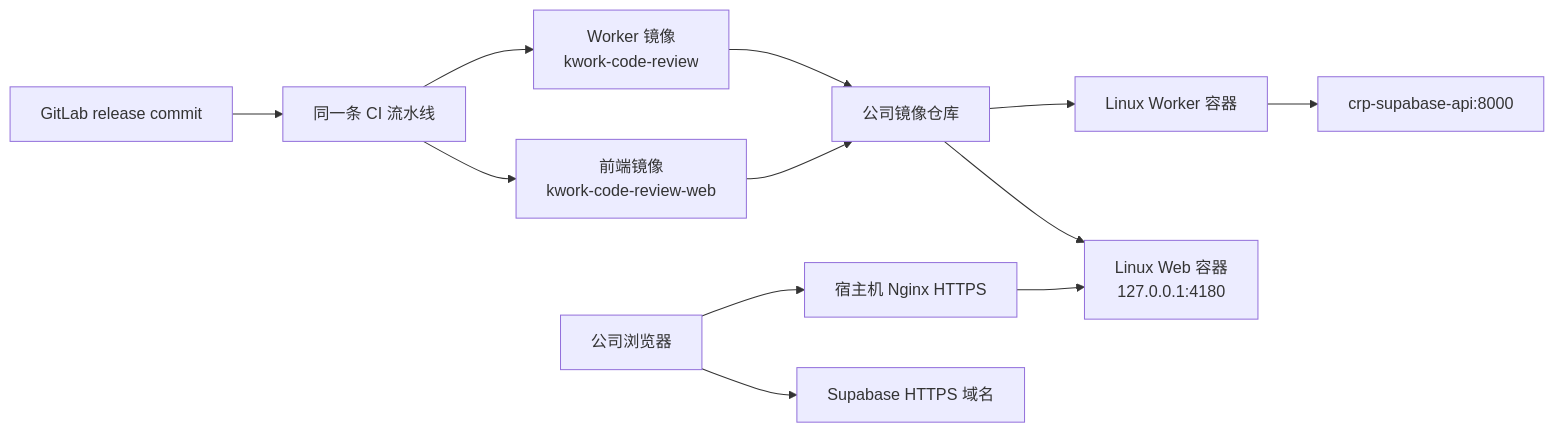
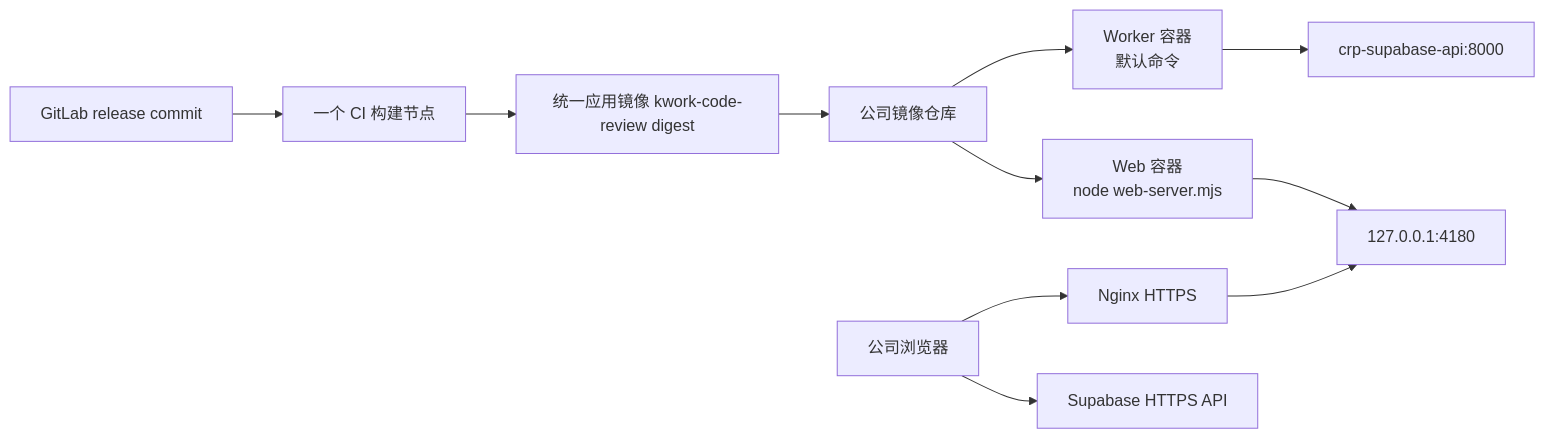
The diagram in 需求开发评审一致性平台/V1.49-前端镜像发布/需求开发评审一致性平台-V1.49前端镜像发布-最终执行方案.md (xyx1028/codeReviewPlatform), drawn with Mermaid before and after one commit. The commit also changed other lines of this file and 6 other files, not shown here.

````diff
--- a/需求开发评审一致性平台/V1.49-前端镜像发布/需求开发评审一致性平台-V1.49前端镜像发布-最终执行方案.md
+++ b/需求开发评审一致性平台/V1.49-前端镜像发布/需求开发评审一致性平台-V1.49前端镜像发布-最终执行方案.md
@@ -32,14 +33,15 @@
 ```mermaid
 flowchart LR
-  G[GitLab release commit] --> P[同一条 CI 流水线]
-  P --> W[Worker 镜像\nkwork-code-review]
-  P --> F[前端镜像\nkwork-code-review-web]
-  W --> R[公司镜像仓库]
-  F --> R
-  R --> LW[Linux Worker 容器]
-  R --> LF[Linux Web 容器\n127.0.0.1:4180]
-  U[公司浏览器] --> N[宿主机 Nginx HTTPS]
-  N --> LF
-  U --> S[Supabase HTTPS 域名]
-  LW --> SI[crp-supabase-api:8000]
+  G[GitLab release commit] --> P[一个 CI 构建节点]
+  P --> I[统一应用镜像 kwork-code-review digest]
+  I --> R[公司镜像仓库]
+  R --> W[Worker 容器
+默认命令]
+  R --> F[Web 容器
+node web-server.mjs]
+  W --> S[crp-supabase-api:8000]
+  F --> N[127.0.0.1:4180]
+  B[公司浏览器] --> X[Nginx HTTPS]
+  X --> N
+  B --> A[Supabase HTTPS API]
 ```
````
